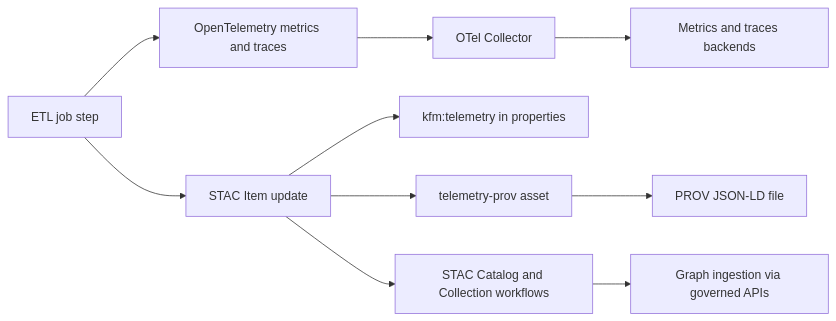
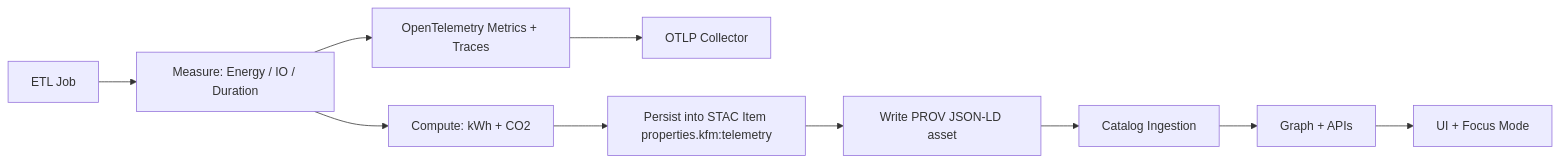
Before and after one commit to bartytime4life/Kansas-Frontier-Matrix: the diagram in src/kfm/telemetry/etl_energy_co2.md, drawn with Mermaid. The commit also changed other lines of this file, not shown here.

```diff
--- a/src/kfm/telemetry/etl_energy_co2.md
+++ b/src/kfm/telemetry/etl_energy_co2.md
@@ -179,13 +476,12 @@
 ~~~mermaid
 flowchart LR
-  A[ETL job step] --> B[OpenTelemetry metrics and traces]
-  B --> C[OTel Collector]
-  C --> D[Metrics and traces backends]
-
-  A --> E[STAC Item update]
-  E --> F[kfm:telemetry in properties]
-  E --> G[telemetry-prov asset]
-  G --> H[PROV JSON-LD file]
-  E --> I[STAC Catalog and Collection workflows]
-  I --> J[Graph ingestion via governed APIs]
+  A[ETL Job] --> B[Measure: Energy / IO / Duration]
+  B --> C[OpenTelemetry Metrics + Traces]
+  C --> D[OTLP Collector]
+  B --> E[Compute: kWh + CO2]
+  E --> F[Persist into STAC Item properties.kfm:telemetry]
+  F --> G[Write PROV JSON-LD asset]
+  G --> H[Catalog Ingestion]
+  H --> I[Graph + APIs]
+  I --> J[UI + Focus Mode]
 ~~~
```
